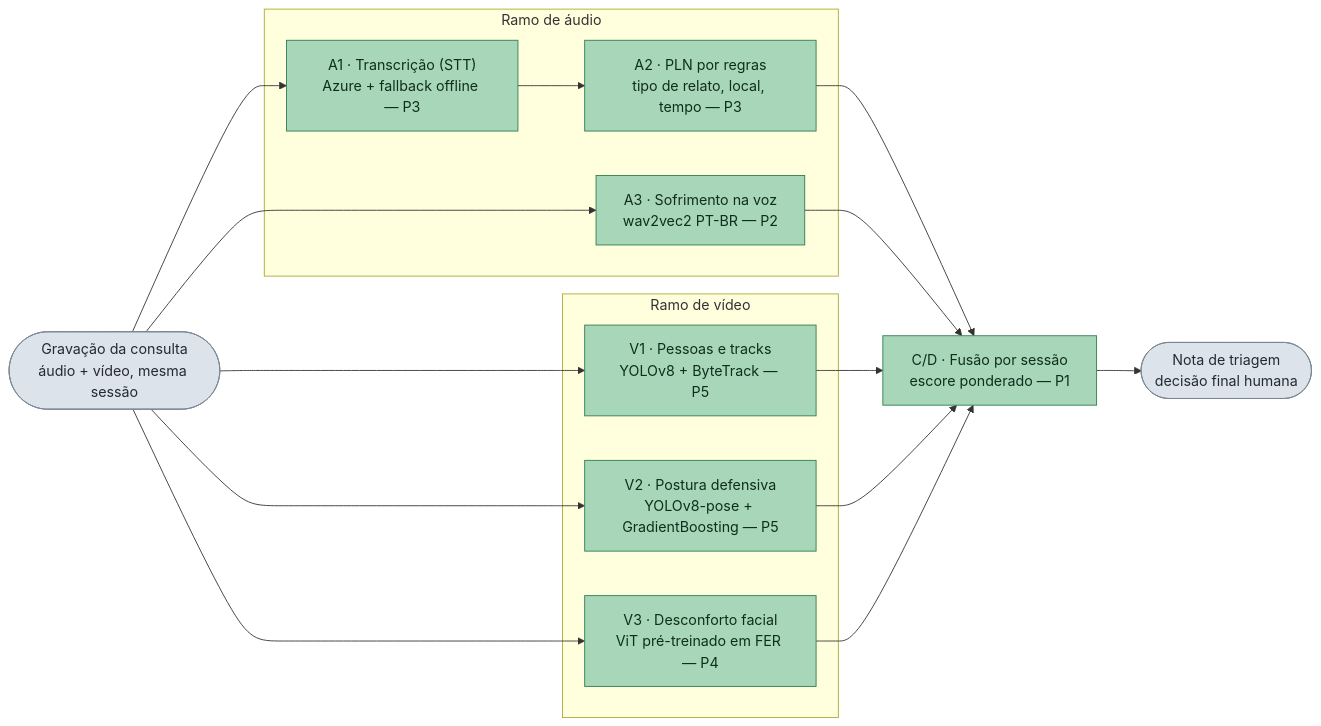
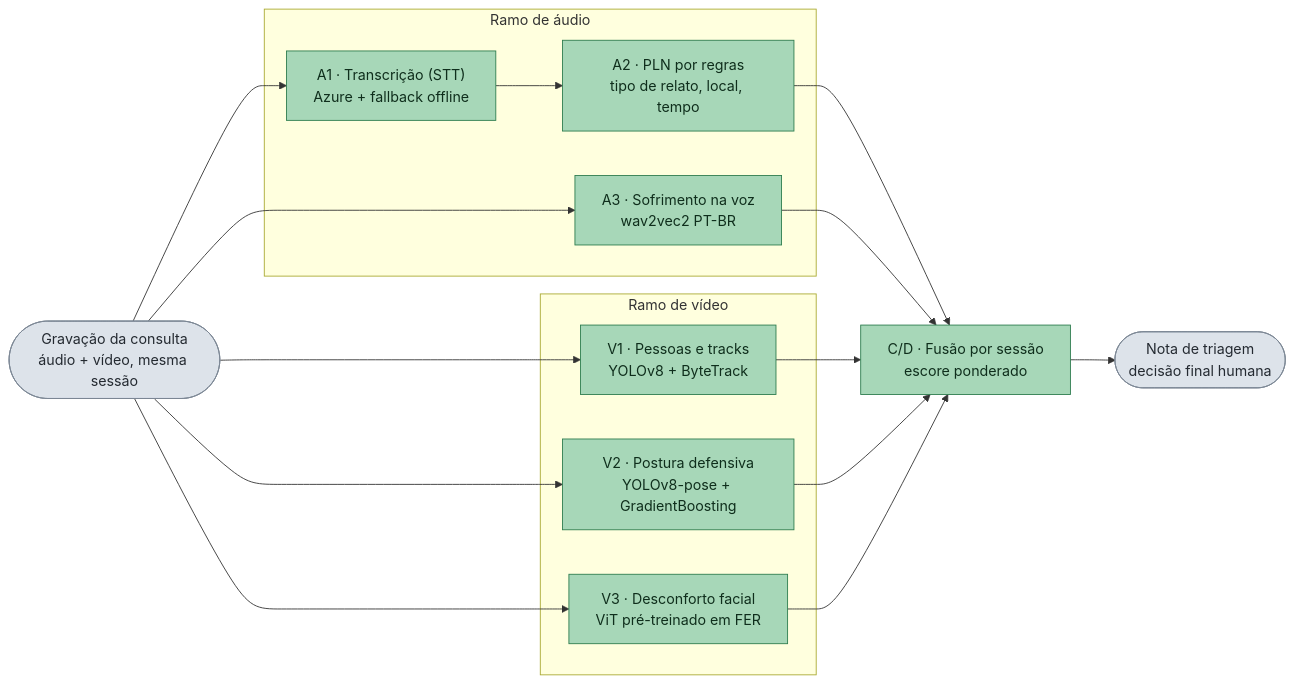
Before and after one commit to fiap-ssp-2025/tech-challenge-4: the diagram in README.md, drawn with Mermaid. The commit also changed other lines of this file and 50 other files, not shown here.

````diff
--- a/README.md
+++ b/README.md
@@ -11,26 +11,26 @@
 ```mermaid
 flowchart LR
     S(["Gravação da consulta<br/>áudio + vídeo, mesma sessão"])
     subgraph AUDIO["Ramo de áudio"]
-        A1["A1 · Transcrição (STT)<br/>Azure + fallback offline — P3"]
-        A2["A2 · PLN por regras<br/>tipo de relato, local, tempo — P3"]
-        A3["A3 · Sofrimento na voz<br/>wav2vec2 PT-BR — P2"]
+        A1["A1 · Transcrição (STT)<br/>Azure + fallback offline"]
+        A2["A2 · PLN por regras<br/>tipo de relato, local, tempo"]
+        A3["A3 · Sofrimento na voz<br/>wav2vec2 PT-BR"]
     end
     subgraph VIDEO["Ramo de vídeo"]
-        V1["V1 · Pessoas e tracks<br/>YOLOv8 + ByteTrack — P5"]
-        V2["V2 · Postura defensiva<br/>YOLOv8-pose + GradientBoosting — P5"]
-        V3["V3 · Desconforto facial<br/>ViT pré-treinado em FER — P4"]
+        V1["V1 · Pessoas e tracks<br/>YOLOv8 + ByteTrack"]
+        V2["V2 · Postura defensiva<br/>YOLOv8-pose + GradientBoosting"]
+        V3["V3 · Desconforto facial<br/>ViT pré-treinado em FER"]
     end
-    CD["C/D · Fusão por sessão<br/>escore ponderado — P1"]
+    CD["C/D · Fusão por sessão<br/>escore ponderado"]
     OUT(["Nota de triagem<br/>decisão final humana"])
     S --> A1 --> A2 --> CD
     S --> A3 --> CD
     S --> V1 --> CD
     S --> V2 --> CD
     S --> V3 --> CD
     CD --> OUT
     classDef real fill:#a7d7b8,stroke:#2e7d4f,color:#0f2e1c
     classDef neutro fill:#dde3ea,stroke:#7c8794,color:#242a31
     class A1,A2,A3,V1,V2,V3,CD real
     class S,OUT neutro
 ```
````
